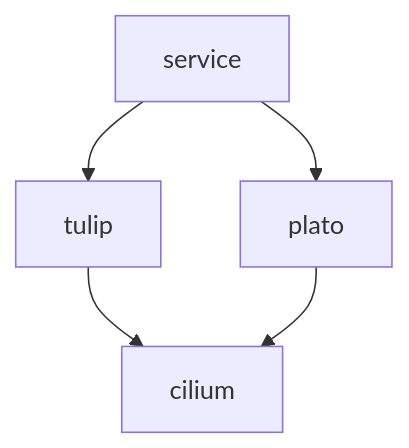
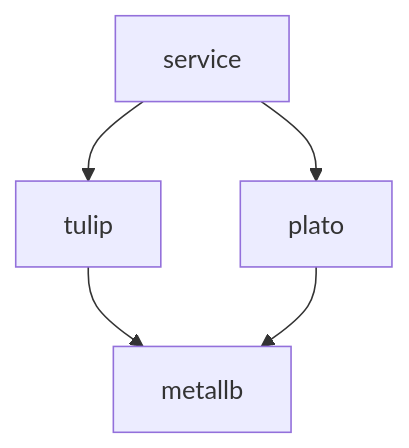
One commit to kreatoo/k8s changed the diagram in README.md. Above: the diagram before and after it, drawn with Mermaid. The commit also changed other lines of this file and 4 other files, not shown here.

````diff
--- a/README.md
+++ b/README.md
@@ -28,7 +28,7 @@
 ```mermaid
 graph TD;
     service-->tulip
     service-->plato
-    tulip-->cilium
-    plato-->cilium
+    tulip-->metallb
+    plato-->metallb
 ```
````
